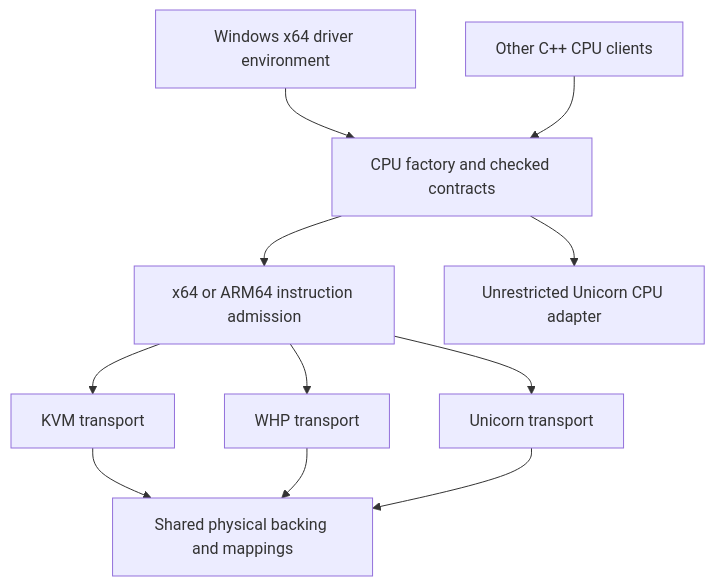
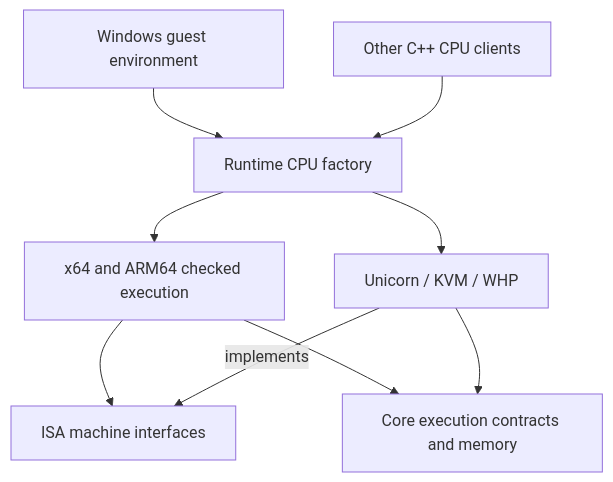
One commit to Letenz/NeverD changed the second of 2 diagrams in docs/architecture.md. Above: the diagram before and after it, drawn with Mermaid. The commit also changed other lines of this file and 328 other files, not shown here.

Commit message:
refactor(emulation): separate CPU transports and guest OS models

````diff
--- a/docs/architecture.md
+++ b/docs/architecture.md
@@ -1122,13 +1173,11 @@
 ```mermaid
 flowchart TD
-  Windows[Windows x64 driver environment] --> CPU[CPU factory and checked contracts]
-  Client[Other C++ CPU clients] --> CPU
-  CPU --> ISA[x64 or ARM64 instruction admission]
-  ISA --> KVM[KVM transport]
-  ISA --> WHP[WHP transport]
-  ISA --> UC[Unicorn transport]
-  KVM --> RAM[Shared physical backing and mappings]
-  WHP --> RAM
-  UC --> RAM
-  CPU --> Software[Unrestricted Unicorn CPU adapter]
+  Windows[Windows guest environment] --> Runtime[Runtime CPU factory]
+  Client[Other C++ CPU clients] --> Runtime
+  Runtime --> ISA[x64 and ARM64 checked execution]
+  Runtime --> Transport[Unicorn / KVM / WHP]
+  ISA --> Machine[ISA machine interfaces]
+  Transport -->|implements| Machine
+  ISA --> Core[Core execution contracts and memory]
+  Transport --> Core
 ```
````
